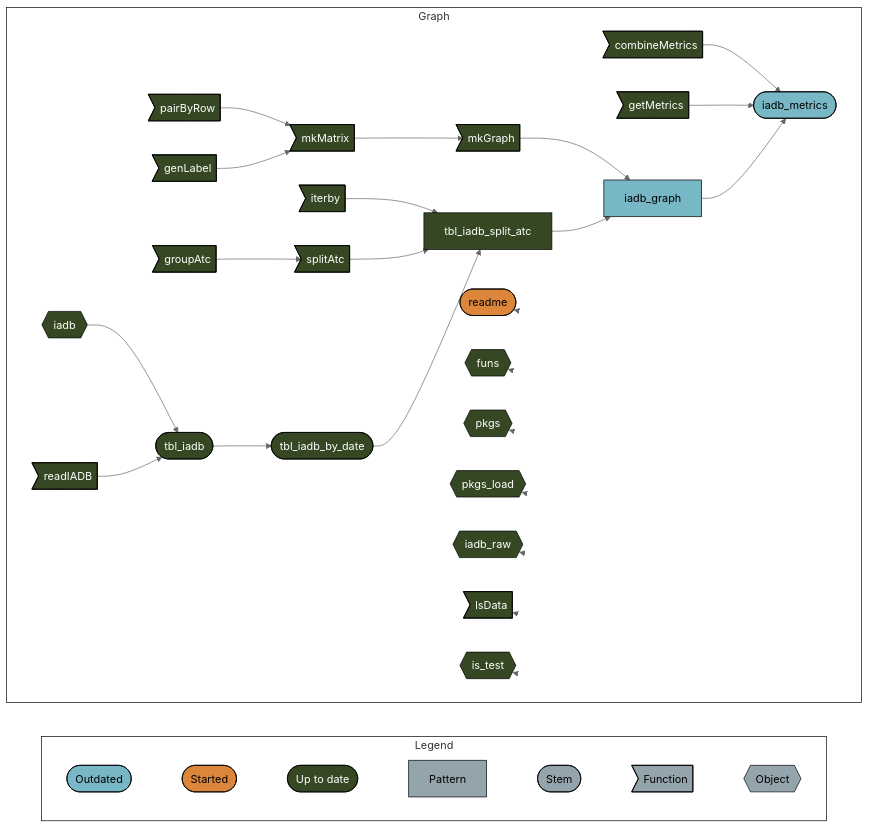
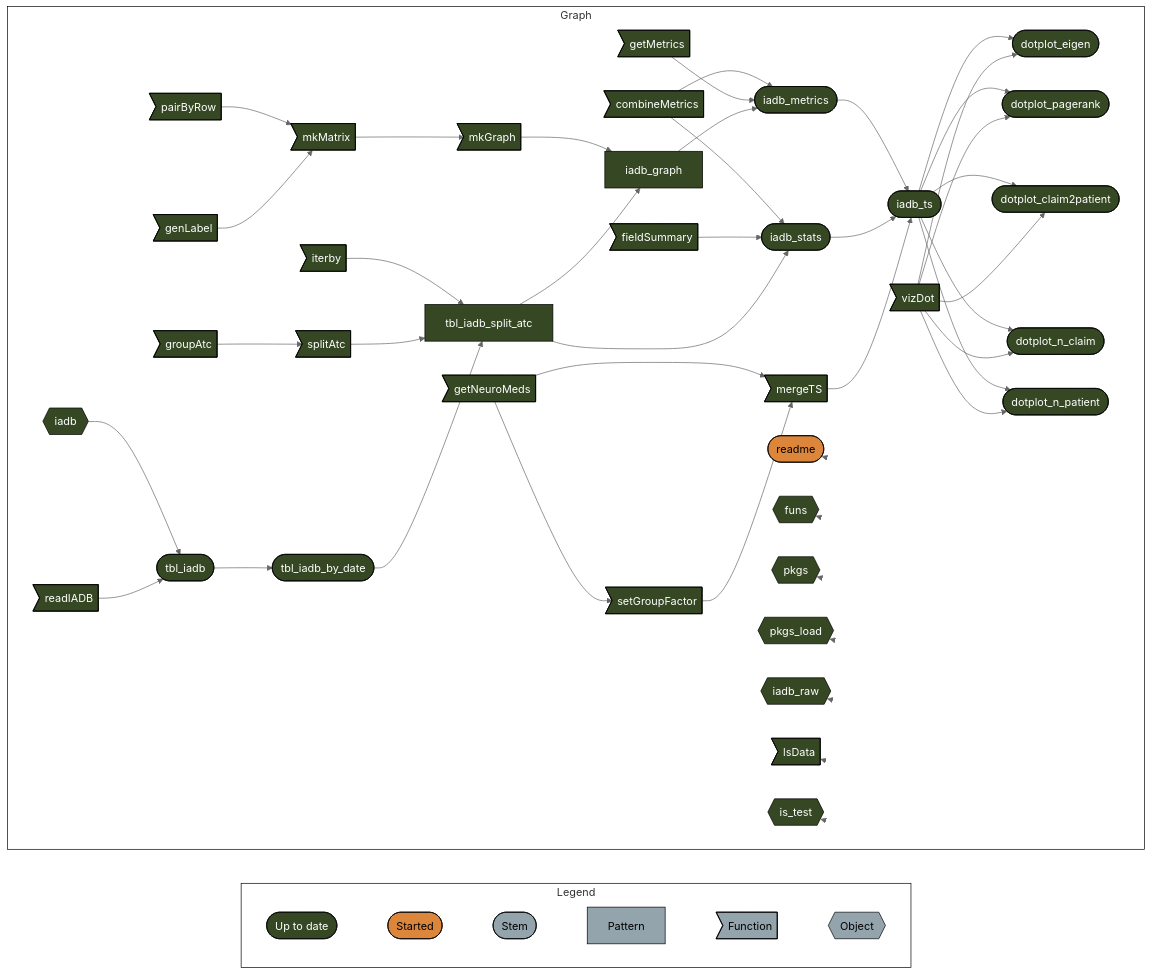
One commit to namakala/medication-trend changed the diagram in README.md. Above: the diagram before and after it, drawn with Mermaid (neutral theme).

Commit message:
Update the mermaid graph

````diff
--- a/README.md
+++ b/README.md
@@ -55,56 +55,72 @@
 ``` mermaid
 graph LR
   style Legend fill:#FFFFFF00,stroke:#000000;
   style Graph fill:#FFFFFF00,stroke:#000000;
   subgraph Legend
     direction LR
-    x0a52b03877696646([""Outdated""]):::outdated --- x5b3426b4c7fa7dbc([""Started""]):::started
-    x5b3426b4c7fa7dbc([""Started""]):::started --- x7420bd9270f8d27d([""Up to date""]):::uptodate
-    x7420bd9270f8d27d([""Up to date""]):::uptodate --- x70a5fa6bea6f298d[""Pattern""]:::none
-    x70a5fa6bea6f298d[""Pattern""]:::none --- xbf4603d6c2c2ad6b([""Stem""]):::none
-    xbf4603d6c2c2ad6b([""Stem""]):::none --- xf0bce276fe2b9d3e>""Function""]:::none
+    x7420bd9270f8d27d([""Up to date""]):::uptodate --- x5b3426b4c7fa7dbc([""Started""]):::started
+    x5b3426b4c7fa7dbc([""Started""]):::started --- xbf4603d6c2c2ad6b([""Stem""]):::none
+    xbf4603d6c2c2ad6b([""Stem""]):::none --- x70a5fa6bea6f298d[""Pattern""]:::none
+    x70a5fa6bea6f298d[""Pattern""]:::none --- xf0bce276fe2b9d3e>""Function""]:::none
     xf0bce276fe2b9d3e>""Function""]:::none --- x5bffbffeae195fc9{{""Object""}}:::none
   end
   subgraph Graph
     direction LR
     xec523c05a7988872>"pairByRow"]:::uptodate --> x970b27788a81a7b0>"mkMatrix"]:::uptodate
     x4e58fb85b5f553b2>"groupAtc"]:::uptodate --> x7514d3a2992ccd63>"splitAtc"]:::uptodate
+    xaba6069a563b12e8>"getNeuroMeds"]:::uptodate --> xc04d85957c4a84d0>"setGroupFactor"]:::uptodate
+    xaba6069a563b12e8>"getNeuroMeds"]:::uptodate --> x6c212354357aadc8>"mergeTS"]:::uptodate
     xc366d1d8806979f6>"genLabel"]:::uptodate --> x970b27788a81a7b0>"mkMatrix"]:::uptodate
     x970b27788a81a7b0>"mkMatrix"]:::uptodate --> x9ca1aa7607080a7b>"mkGraph"]:::uptodate
+    xc04d85957c4a84d0>"setGroupFactor"]:::uptodate --> x6c212354357aadc8>"mergeTS"]:::uptodate
     xf220e84da6d0ff6f(["tbl_iadb"]):::uptodate --> x960707f0c582886a(["tbl_iadb_by_date"]):::uptodate
+    x07ac0b71f920f889>"combineMetrics"]:::uptodate --> x6bbf38eac08a1fe8(["iadb_stats"]):::uptodate
+    xc082a51377a349bf>"fieldSummary"]:::uptodate --> x6bbf38eac08a1fe8(["iadb_stats"]):::uptodate
+    xf7e9b577faef0a3a["tbl_iadb_split_atc"]:::uptodate --> x6bbf38eac08a1fe8(["iadb_stats"]):::uptodate
+    x50845f0ded6a477d(["iadb_ts"]):::uptodate --> x14d4712ddbe7d483(["dotplot_eigen"]):::uptodate
+    x203d559dcf99559c>"vizDot"]:::uptodate --> x14d4712ddbe7d483(["dotplot_eigen"]):::uptodate
     x4a5693aa168fe170{{"iadb"}}:::uptodate --> xf220e84da6d0ff6f(["tbl_iadb"]):::uptodate
     x8d5064cb2dc0b750>"readIADB"]:::uptodate --> xf220e84da6d0ff6f(["tbl_iadb"]):::uptodate
+    x50845f0ded6a477d(["iadb_ts"]):::uptodate --> x1491e8016ae7ee3f(["dotplot_pagerank"]):::uptodate
+    x203d559dcf99559c>"vizDot"]:::uptodate --> x1491e8016ae7ee3f(["dotplot_pagerank"]):::uptodate
     x771a367f0ef7807a>"iterby"]:::uptodate --> xf7e9b577faef0a3a["tbl_iadb_split_atc"]:::uptodate
     x7514d3a2992ccd63>"splitAtc"]:::uptodate --> xf7e9b577faef0a3a["tbl_iadb_split_atc"]:::uptodate
     x960707f0c582886a(["tbl_iadb_by_date"]):::uptodate --> xf7e9b577faef0a3a["tbl_iadb_split_atc"]:::uptodate
-    x9ca1aa7607080a7b>"mkGraph"]:::uptodate --> x278d817c06f60e98["iadb_graph"]:::outdated
-    xf7e9b577faef0a3a["tbl_iadb_split_atc"]:::uptodate --> x278d817c06f60e98["iadb_graph"]:::outdated
-    x07ac0b71f920f889>"combineMetrics"]:::uptodate --> xf2831b13ede46eac(["iadb_metrics"]):::outdated
-    x3902bbed135b0ec7>"getMetrics"]:::uptodate --> xf2831b13ede46eac(["iadb_metrics"]):::outdated
-    x278d817c06f60e98["iadb_graph"]:::outdated --> xf2831b13ede46eac(["iadb_metrics"]):::outdated
+    x50845f0ded6a477d(["iadb_ts"]):::uptodate --> x61c7c735846b2fdc(["dotplot_claim2patient"]):::uptodate
+    x203d559dcf99559c>"vizDot"]:::uptodate --> x61c7c735846b2fdc(["dotplot_claim2patient"]):::uptodate
+    xf2831b13ede46eac(["iadb_metrics"]):::uptodate --> x50845f0ded6a477d(["iadb_ts"]):::uptodate
+    x6bbf38eac08a1fe8(["iadb_stats"]):::uptodate --> x50845f0ded6a477d(["iadb_ts"]):::uptodate
+    x6c212354357aadc8>"mergeTS"]:::uptodate --> x50845f0ded6a477d(["iadb_ts"]):::uptodate
+    x50845f0ded6a477d(["iadb_ts"]):::uptodate --> xa2ab490bcc111d90(["dotplot_n_claim"]):::uptodate
+    x203d559dcf99559c>"vizDot"]:::uptodate --> xa2ab490bcc111d90(["dotplot_n_claim"]):::uptodate
+    x50845f0ded6a477d(["iadb_ts"]):::uptodate --> xdc89b29ed5f4121e(["dotplot_n_patient"]):::uptodate
+    x203d559dcf99559c>"vizDot"]:::uptodate --> xdc89b29ed5f4121e(["dotplot_n_patient"]):::uptodate
+    x9ca1aa7607080a7b>"mkGraph"]:::uptodate --> x278d817c06f60e98["iadb_graph"]:::uptodate
+    xf7e9b577faef0a3a["tbl_iadb_split_atc"]:::uptodate --> x278d817c06f60e98["iadb_graph"]:::uptodate
+    x07ac0b71f920f889>"combineMetrics"]:::uptodate --> xf2831b13ede46eac(["iadb_metrics"]):::uptodate
+    x3902bbed135b0ec7>"getMetrics"]:::uptodate --> xf2831b13ede46eac(["iadb_metrics"]):::uptodate
+    x278d817c06f60e98["iadb_graph"]:::uptodate --> xf2831b13ede46eac(["iadb_metrics"]):::uptodate
     x6e52cb0f1668cc22(["readme"]):::started --> x6e52cb0f1668cc22(["readme"]):::started
     x2166607dfe6e75f2{{"funs"}}:::uptodate --> x2166607dfe6e75f2{{"funs"}}:::uptodate
     x2d15849e3198e8d1{{"pkgs"}}:::uptodate --> x2d15849e3198e8d1{{"pkgs"}}:::uptodate
     xea1cdd6f009574c2{{"pkgs_load"}}:::uptodate --> xea1cdd6f009574c2{{"pkgs_load"}}:::uptodate
     x3ac540af10f1b504{{"iadb_raw"}}:::uptodate --> x3ac540af10f1b504{{"iadb_raw"}}:::uptodate
     xfb5278c6bbbf3460>"lsData"]:::uptodate --> xfb5278c6bbbf3460>"lsData"]:::uptodate
     xe1d1bcdb96b9c2dc{{"is_test"}}:::uptodate --> xe1d1bcdb96b9c2dc{{"is_test"}}:::uptodate
   end
-  classDef outdated stroke:#000000,color:#000000,fill:#78B7C5;
+  classDef uptodate stroke:#000000,color:#ffffff,fill:#354823;
   classDef started stroke:#000000,color:#000000,fill:#DC863B;
-  classDef uptodate stroke:#000000,color:#ffffff,fill:#354823;
   classDef none stroke:#000000,color:#000000,fill:#94a4ac;
   linkStyle 0 stroke-width:0px;
   linkStyle 1 stroke-width:0px;
   linkStyle 2 stroke-width:0px;
   linkStyle 3 stroke-width:0px;
   linkStyle 4 stroke-width:0px;
-  linkStyle 5 stroke-width:0px;
-  linkStyle 21 stroke-width:0px;
-  linkStyle 22 stroke-width:0px;
-  linkStyle 23 stroke-width:0px;
-  linkStyle 24 stroke-width:0px;
-  linkStyle 25 stroke-width:0px;
-  linkStyle 26 stroke-width:0px;
-  linkStyle 27 stroke-width:0px;
+  linkStyle 39 stroke-width:0px;
+  linkStyle 40 stroke-width:0px;
+  linkStyle 41 stroke-width:0px;
+  linkStyle 42 stroke-width:0px;
+  linkStyle 43 stroke-width:0px;
+  linkStyle 44 stroke-width:0px;
+  linkStyle 45 stroke-width:0px;
 ```
````
